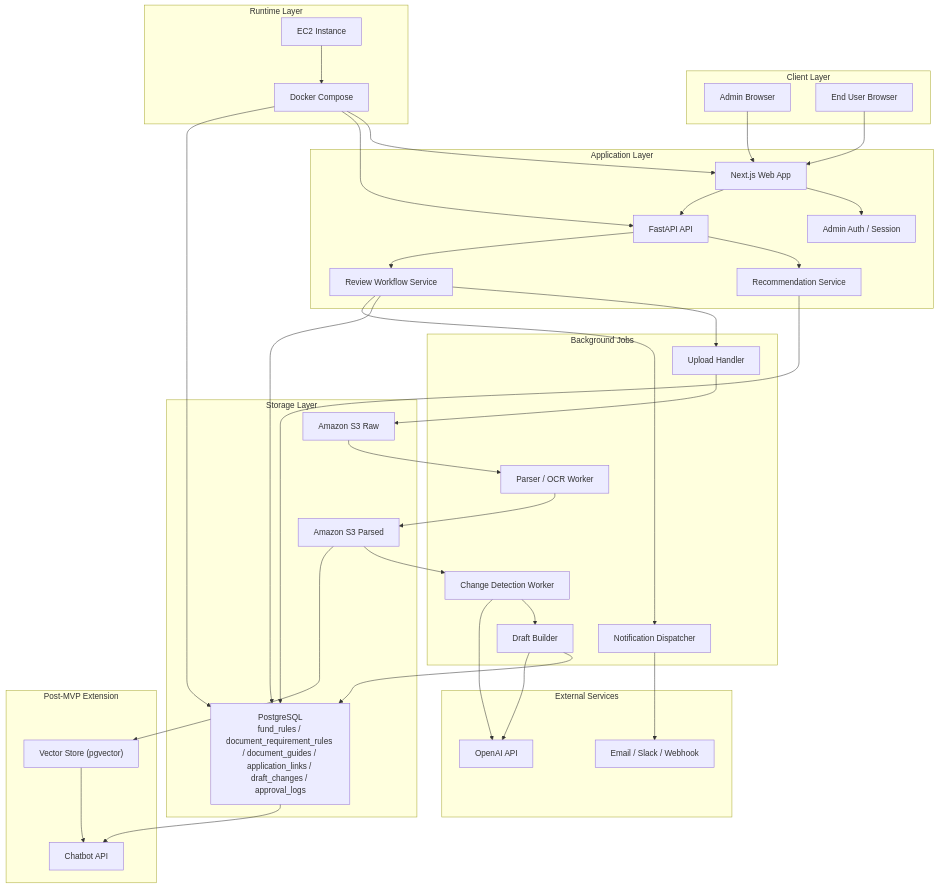
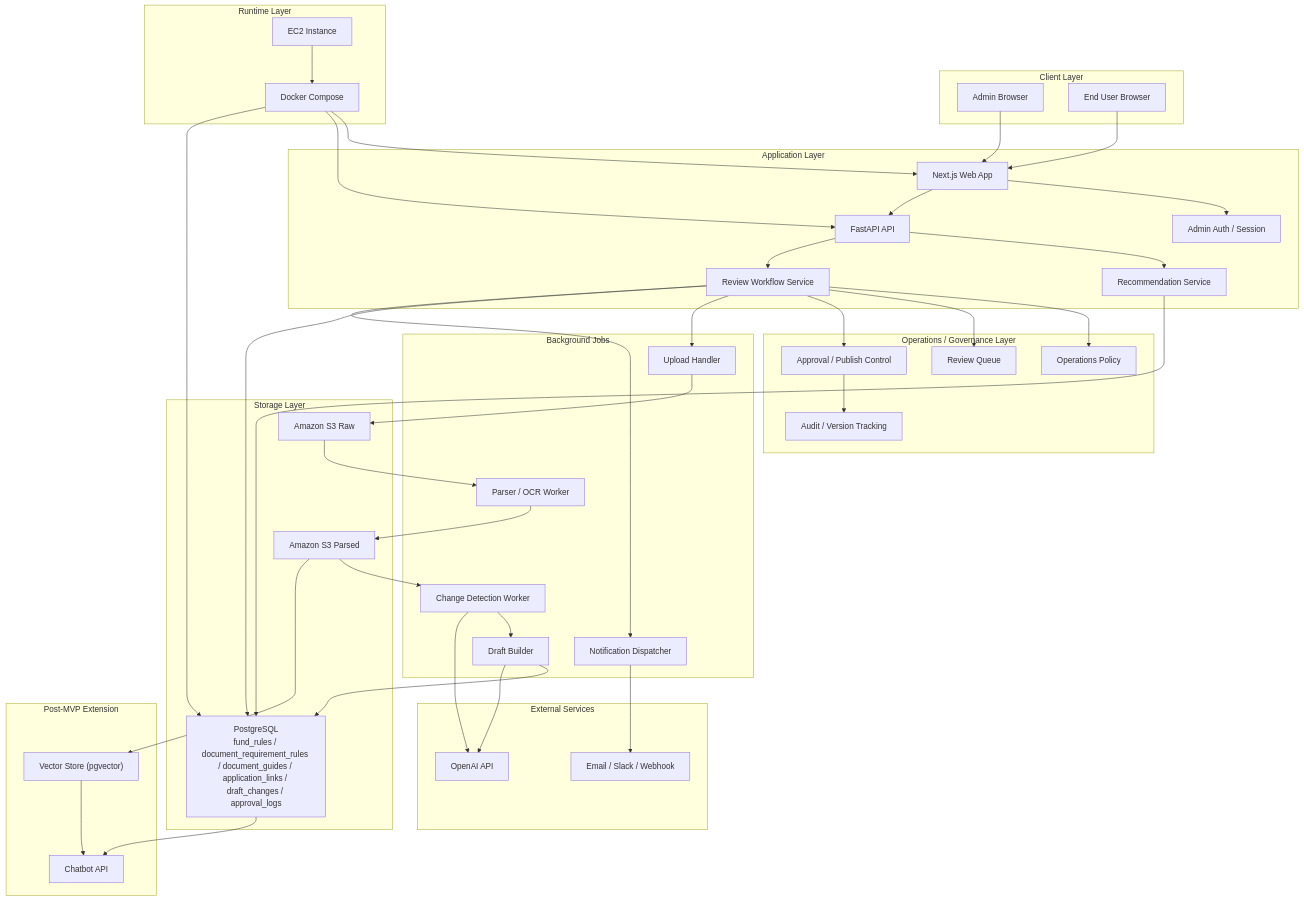
Before and after one commit to meanresult/Government-backed-funding: the diagram in docs/technical-architecture.md, drawn with Mermaid. The commit also changed other lines of this file and 10 other files, not shown here.

```diff
--- a/docs/technical-architecture.md
+++ b/docs/technical-architecture.md
@@ -46,6 +60,13 @@
         G["FastAPI API"]
         H["Recommendation Service"]
         I["Review Workflow Service"]
+    end
+
+    subgraph Ops["Operations / Governance Layer"]
+        V["Operations Policy"]
+        W["Review Queue"]
+        X["Approval / Publish Control"]
+        Y["Audit / Version Tracking"]
     end
 
     subgraph Jobs["Background Jobs"]
@@ -85,6 +106,11 @@
     G --> H
     G --> I
 
+    I --> V
+    I --> W
+    I --> X
+    X --> Y
+
     I --> J
     J --> O
     O --> K
```
